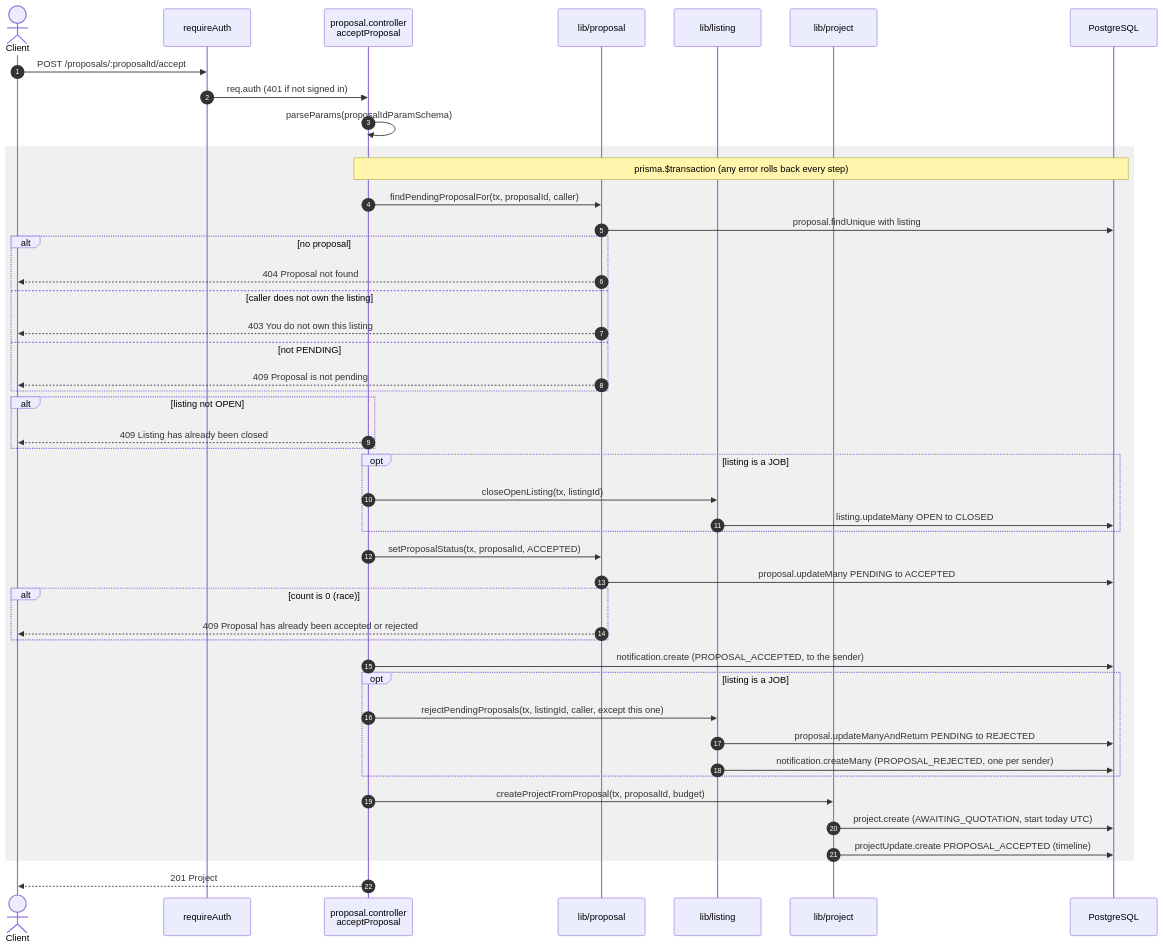
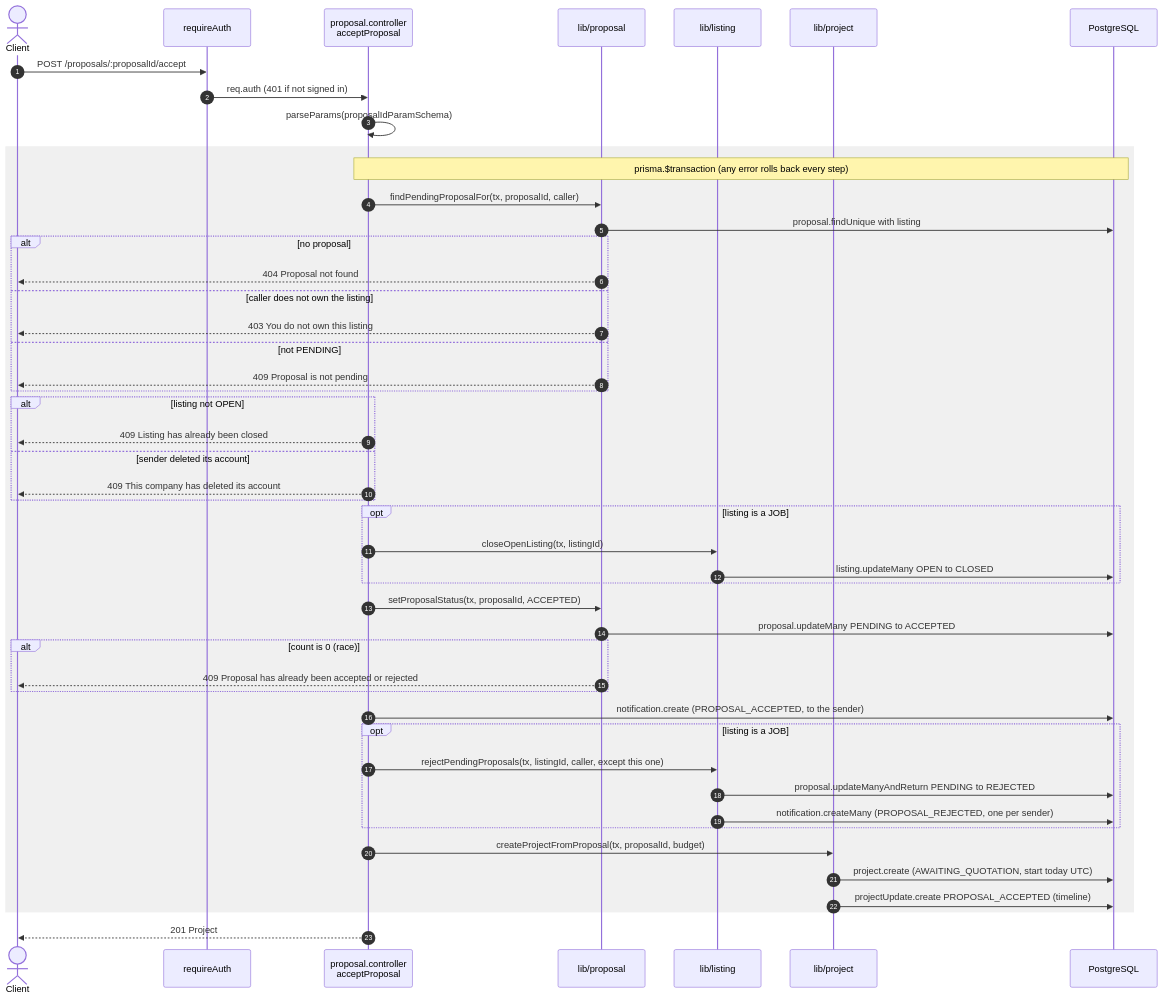
The third of 4 diagrams in docs/api/proposals.md (taofuuu/MangoDB), drawn with Mermaid before and after one commit.

Commit message:
docs(api): accept refuses a deleted company's proposal

````diff
--- a/docs/api/proposals.md
+++ b/docs/api/proposals.md
@@ -76,49 +76,51 @@
 ```mermaid
 sequenceDiagram
     autonumber
     actor C as Client
     participant G as requireAuth
     participant Ctl as proposal.controller<br/>acceptProposal
     participant P as lib/proposal
     participant L as lib/listing
     participant Pr as lib/project
     participant DB as PostgreSQL
 
     C->>G: POST /proposals/:proposalId/accept
     G->>Ctl: req.auth (401 if not signed in)
     Ctl->>Ctl: parseParams(proposalIdParamSchema)
     rect rgba(128, 128, 128, 0.12)
         Note over Ctl,DB: prisma.$transaction (any error rolls back every step)
         Ctl->>P: findPendingProposalFor(tx, proposalId, caller)
         P->>DB: proposal.findUnique with listing
         alt no proposal
             P-->>C: 404 Proposal not found
         else caller does not own the listing
             P-->>C: 403 You do not own this listing
         else not PENDING
             P-->>C: 409 Proposal is not pending
         end
         alt listing not OPEN
             Ctl-->>C: 409 Listing has already been closed
+        else sender deleted its account
+            Ctl-->>C: 409 This company has deleted its account
         end
         opt listing is a JOB
             Ctl->>L: closeOpenListing(tx, listingId)
             L->>DB: listing.updateMany OPEN to CLOSED
         end
         Ctl->>P: setProposalStatus(tx, proposalId, ACCEPTED)
         P->>DB: proposal.updateMany PENDING to ACCEPTED
         alt count is 0 (race)
             P-->>C: 409 Proposal has already been accepted or rejected
         end
         Ctl->>DB: notification.create (PROPOSAL_ACCEPTED, to the sender)
         opt listing is a JOB
             Ctl->>L: rejectPendingProposals(tx, listingId, caller, except this one)
             L->>DB: proposal.updateManyAndReturn PENDING to REJECTED
             L->>DB: notification.createMany (PROPOSAL_REJECTED, one per sender)
         end
         Ctl->>Pr: createProjectFromProposal(tx, proposalId, budget)
         Pr->>DB: project.create (AWAITING_QUOTATION, start today UTC)
         Pr->>DB: projectUpdate.create PROPOSAL_ACCEPTED (timeline)
     end
     Ctl-->>C: 201 Project
 ```
````
